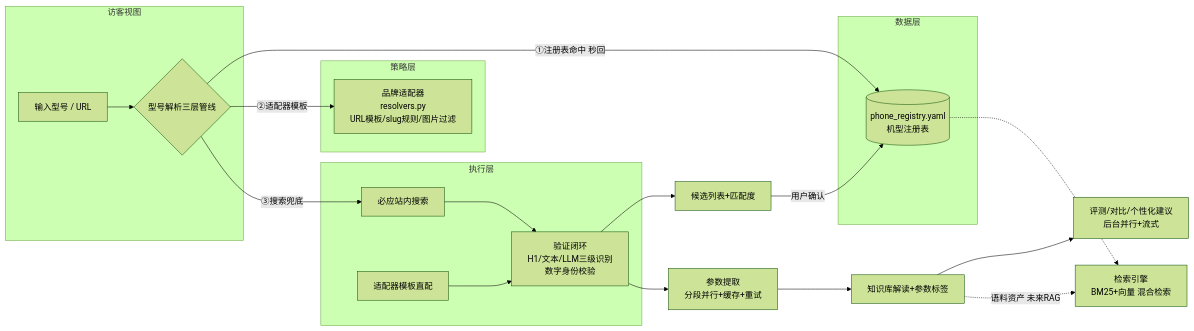
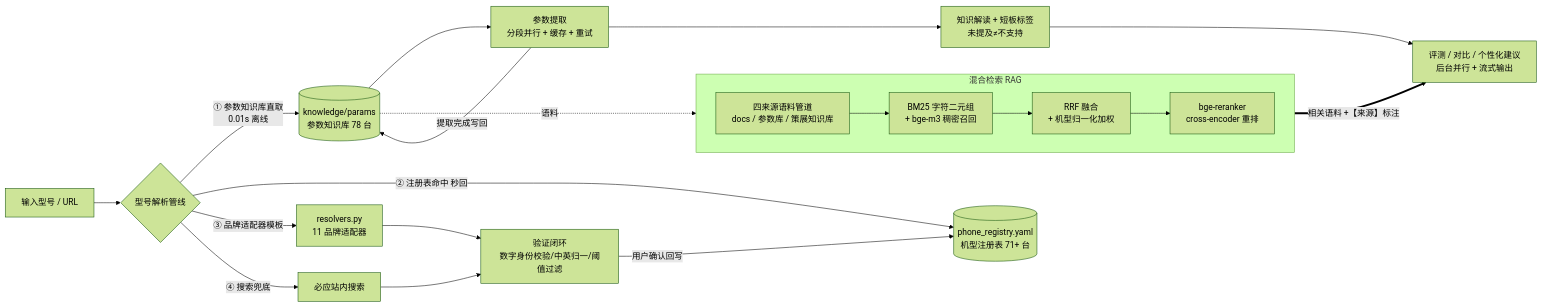
One commit to kjhgfk687-alt/ai-phone-review-system changed the diagram in README.md. Above: the diagram before and after it, drawn with Mermaid (forest theme). The commit also changed other lines of this file, not shown here.

Commit message:
文档：README 升级至 V3.0（RAG 混合检索实装、数据规模与性能表、公网体验入口、项目结构更新）

````diff
--- a/README.md
+++ b/README.md
@@ -7,24 +21,24 @@
 ```mermaid
 flowchart LR
-    subgraph 访客视图
-        A[输入型号 / URL] --> B{型号解析三层管线}
+    A[输入型号 / URL] --> B{型号解析管线}
+    B -->|① 参数知识库直取<br/>0.01s 离线| KS[(knowledge/params<br/>参数知识库 78 台)]
+    B -->|② 注册表命中 秒回| R[(phone_registry.yaml<br/>机型注册表 71+ 台)]
+    B -->|③ 品牌适配器模板| AD[resolvers.py<br/>11 品牌适配器]
+    B -->|④ 搜索兜底| S[必应站内搜索]
+    S --> V[验证闭环<br/>数字身份校验/中英归一/阈值过滤]
+    AD --> V
+    V -->|用户确认回写| R
+    KS --> E[参数提取<br/>分段并行 + 缓存 + 重试]
+    E -->|提取完成写回| KS
+    E --> K[知识解读 + 短板标签<br/>未提及≠不支持]
+    K --> G[评测 / 对比 / 个性化建议<br/>后台并行 + 流式输出]
+
+    subgraph RG [混合检索 RAG]
+        direction LR
+        C1[四来源语料管道<br/>docs / 参数库 / 策展知识库] --> C2[BM25 字符二元组<br/>+ bge-m3 稠密召回]
+        C2 --> C3[RRF 融合<br/>+ 机型归一化加权]
+        C3 --> C4[bge-reranker<br/>cross-encoder 重排]
     end
-    subgraph 数据层
-        R[(phone_registry.yaml\n机型注册表)]
-    end
-    subgraph 策略层
-        AD[品牌适配器\nresolvers.py\nURL模板/slug规则/图片过滤]
-    end
-    subgraph 执行层
-        S[必应站内搜索] --> V[验证闭环\nH1/文本/LLM三级识别\n数字身份校验]
-        T[适配器模板直配] --> V
-    end
-    B -->|①注册表命中 秒回| R
-    B -->|②适配器模板| AD
-    B -->|③搜索兜底| S
-    V --> C[候选列表+匹配度] -->|用户确认| R
-    V --> E[参数提取\n分段并行+缓存+重试] --> K[知识库解读+参数标签]
-    K --> G[评测/对比/个性化建议\n后台并行+流式]
-    K -.->|语料资产 未来RAG| RG[检索引擎\nBM25+向量 混合检索]
-    R -.-> RG
+    KS -.语料.-> C1
+    C4 ==>|相关语料 +【来源】标注| G
 ```
````
